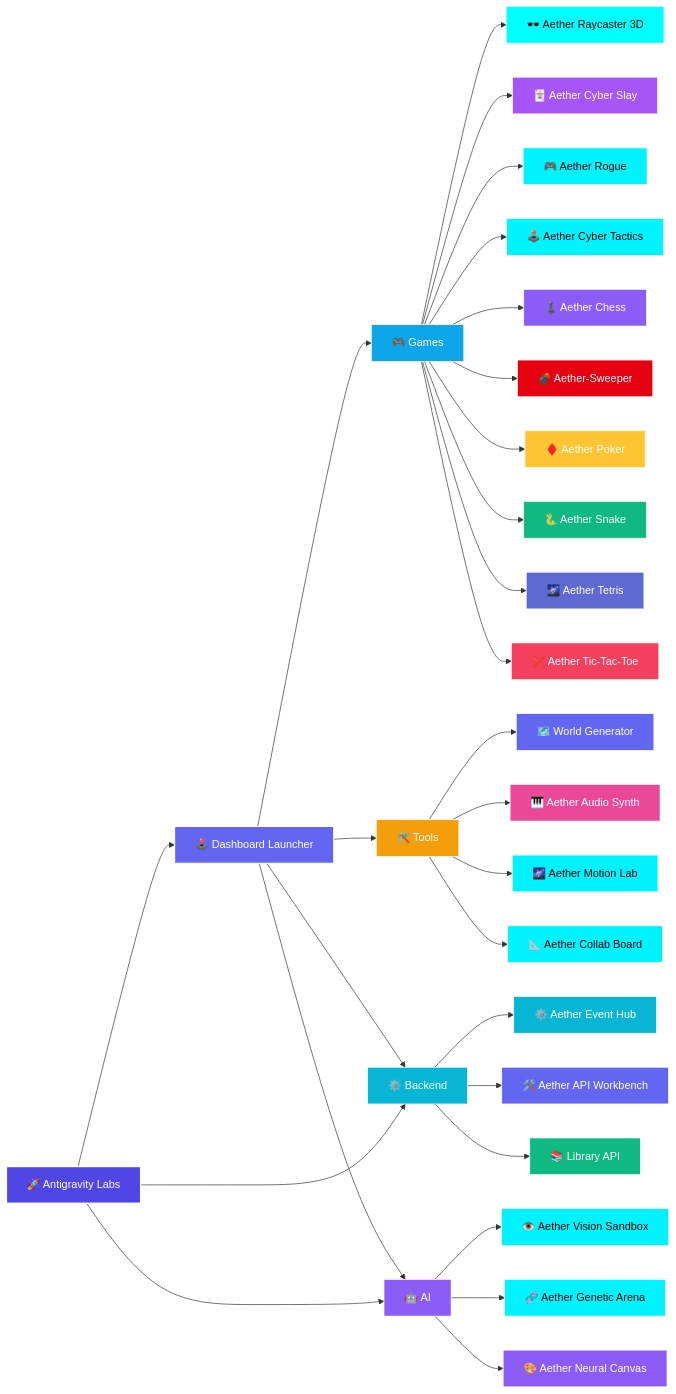
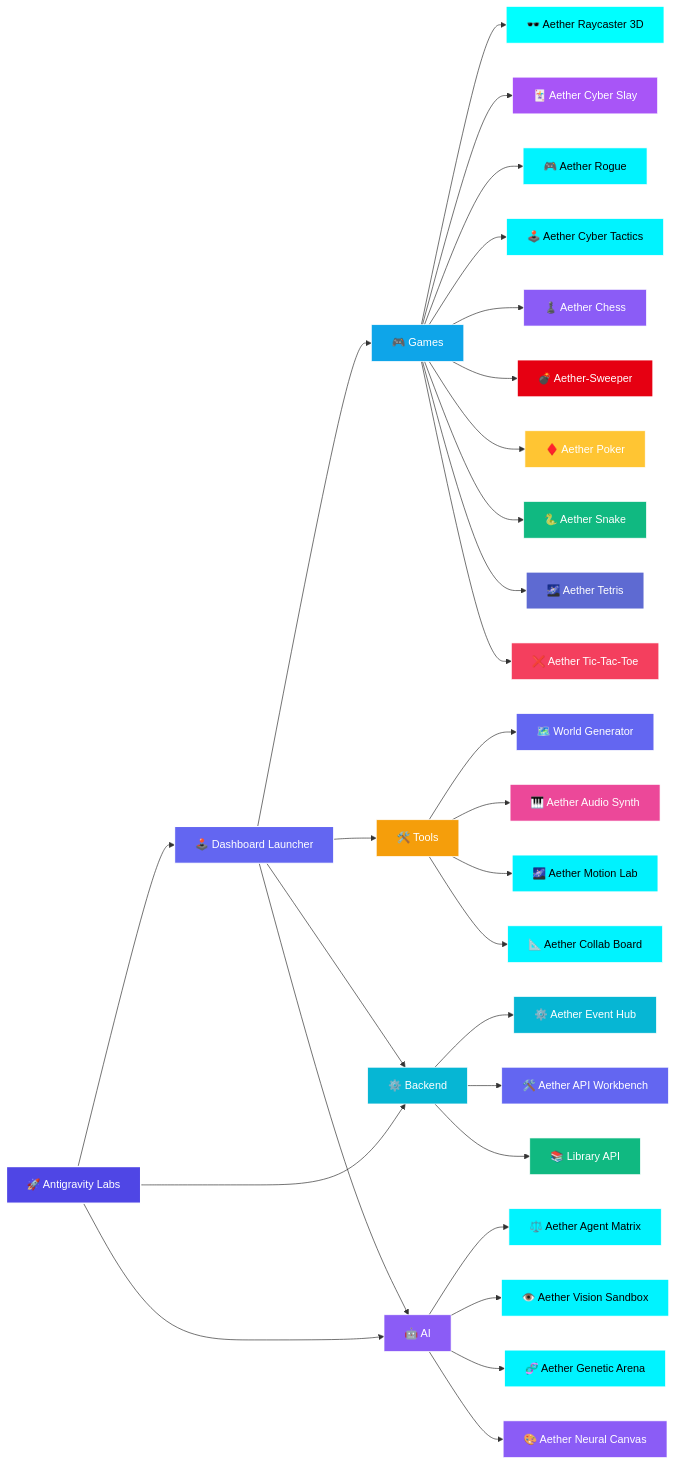
The diagram in README.md (Leturnos/antigravity-labs), drawn with Mermaid before and after one commit. The commit also changed other lines of this file and 2 other files, not shown here.

Commit message:
feat(launcher): register Aether Agent Matrix in root portal and documentation

````diff
--- a/README.md
+++ b/README.md
@@ -46,65 +46,67 @@
 ```mermaid
 flowchart LR
     Root["🚀 Antigravity Labs"]
     Launcher["🕹️ Dashboard Launcher"]
 
     Root --> Launcher
     Root --> Backend["⚙️ Backend"]
     Root --> AI["🤖 AI"]
 
     Launcher --> Games["🎮 Games"]
     Launcher --> Tools["🛠️ Tools"]
     Launcher --> AI["🤖 AI"]
     Launcher --> Backend["⚙️ Backend"]
 
     Games --> Raycaster["🕶️ Aether Raycaster 3D"]
     Games --> CyberSlay["🃏 Aether Cyber Slay"]
     Games --> Rogue["🎮 Aether Rogue"]
     Games --> Tactics["🕹️ Aether Cyber Tactics"]
     Games --> Chess["♟️ Aether Chess"]
     Games --> Sweeper["💣 Aether-Sweeper"]
     Games --> Poker["♦️ Aether Poker"]
     Games --> Snake["🐍 Aether Snake"]
     Games --> Tetris["🌌 Aether Tetris"]
     Games --> TicTacToe["❌ Aether Tic-Tac-Toe"]
 
     Backend --> EventHub["⚙️ Aether Event Hub"]
     Backend --> APIWorkbench["🛠️ Aether API Workbench"]
     Backend --> LibraryAPI["📚 Library API"]
     
     Tools --> WorldGen["🗺️ World Generator"]
     Tools --> AudioSynth["🎹 Aether Audio Synth"]
     Tools --> MotionLab["🌌 Aether Motion Lab"]
     Tools --> CollabBoard["📐 Aether Collab Board"]
 
+    AI --> AgentMatrix["⚖️ Aether Agent Matrix"]
     AI --> VisionSandbox["👁️ Aether Vision Sandbox"]
     AI --> GeneticArena["🧬 Aether Genetic Arena"]
     AI --> NeuralCanvas["🎨 Aether Neural Canvas"]
 
     style Root fill:#4f46e5,stroke:#fff,stroke-width:2px,color:#fff
     style Launcher fill:#6366f1,stroke:#fff,stroke-width:1.5px,color:#fff
     style Games fill:#0ea5e9,stroke:#fff,stroke-width:1px,color:#fff
     style Backend fill:#06b6d4,stroke:#fff,stroke-width:1px,color:#fff
     style AI fill:#8b5cf6,stroke:#fff,stroke-width:1px,color:#fff
     style Tools fill:#f59e0b,stroke:#fff,stroke-width:1px,color:#fff
     style Raycaster fill:#00ffff,stroke:#fff,stroke-width:1px,color:#000
     style CyberSlay fill:#a855f7,stroke:#fff,stroke-width:1px,color:#fff
     style Rogue fill:#00f3ff,stroke:#fff,stroke-width:1px,color:#000
     style Tactics fill:#00f3ff,stroke:#fff,stroke-width:1px,color:#000
     style Chess fill:#8b5cf6,stroke:#fff,stroke-width:1px,color:#fff
     style Sweeper fill:#e60012,stroke:#fff,stroke-width:1px,color:#fff
     style Poker fill:#ffc533,stroke:#fff,stroke-width:1px,color:#fff
     style Snake fill:#10b981,stroke:#fff,stroke-width:1px,color:#fff
     style Tetris fill:#5e6ad2,stroke:#fff,stroke-width:1px,color:#fff
     style TicTacToe fill:#f43f5e,stroke:#fff,stroke-width:1px,color:#fff
     style EventHub fill:#06b6d4,stroke:#fff,stroke-width:1px,color:#fff
     style APIWorkbench fill:#6366f1,stroke:#fff,stroke-width:1px,color:#fff
     style LibraryAPI fill:#10b981,stroke:#fff,stroke-width:1px,color:#fff
     style WorldGen fill:#6366f1,stroke:#fff,stroke-width:1px,color:#fff
     style AudioSynth fill:#ec4899,stroke:#fff,stroke-width:1px,color:#fff
     style MotionLab fill:#00f2fe,stroke:#fff,stroke-width:1px,color:#000
     style CollabBoard fill:#00f3ff,stroke:#fff,stroke-width:1px,color:#000
+    style AgentMatrix fill:#00f3ff,stroke:#fff,stroke-width:1px,color:#000
     style VisionSandbox fill:#00f3ff,stroke:#fff,stroke-width:1px,color:#000
     style GeneticArena fill:#00f3ff,stroke:#fff,stroke-width:1px,color:#000
     style NeuralCanvas fill:#8b5cf6,stroke:#fff,stroke-width:1px,color:#fff
 ```
````
